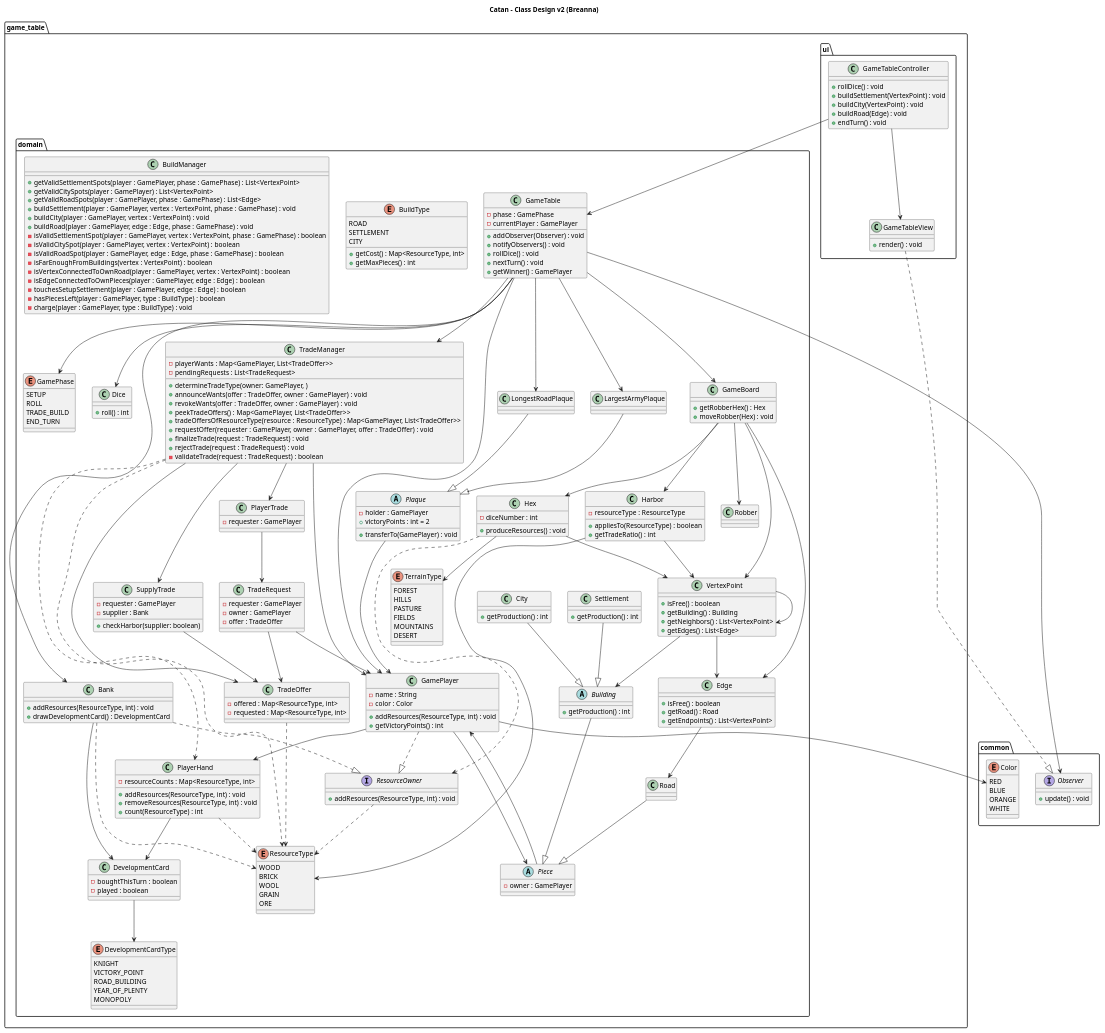
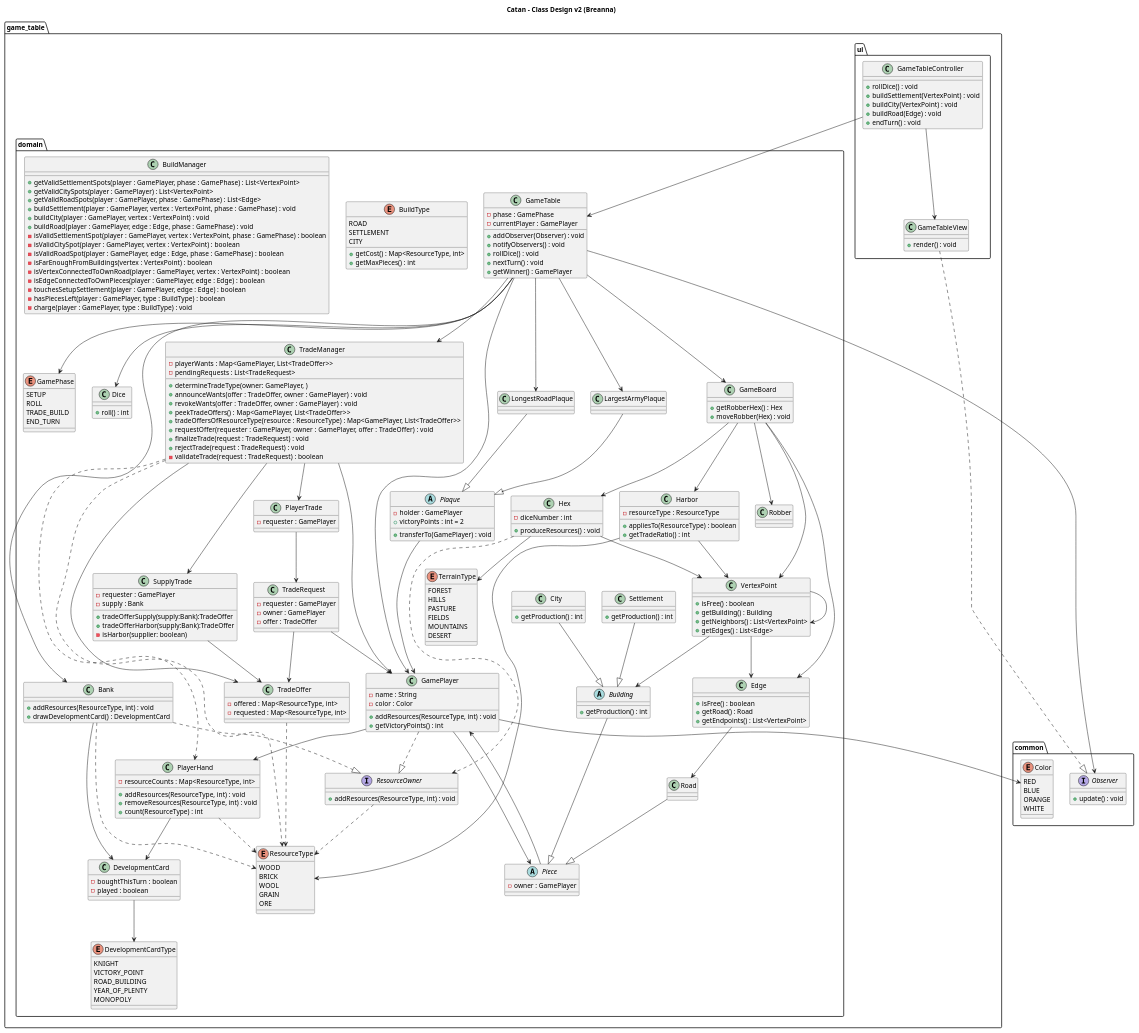
Before and after one commit to nu-cs-sqe/cs380-software-quality-engineering-20262701-course-project-group-5: the diagram in docs/design/game_table_breanna.puml, drawn with PlantUML.

Commit message:
manager supply and player methods added

```diff
--- a/docs/design/game_table_breanna.puml
+++ b/docs/design/game_table_breanna.puml
@@ -84,8 +84,10 @@
     class SupplyTrade
     {
         -requester : GamePlayer
-        -supplier : Bank
-        +checkHarbor(supplier: boolean)
+        -supply : Bank
+        +tradeOfferSupply(supply:Bank):TradeOffer
+        +tradeOfferHarbor(supply:Bank):TradeOffer
+        -isHarbor(supplier: boolean)
     }
 
     class TradeRequest {
```
